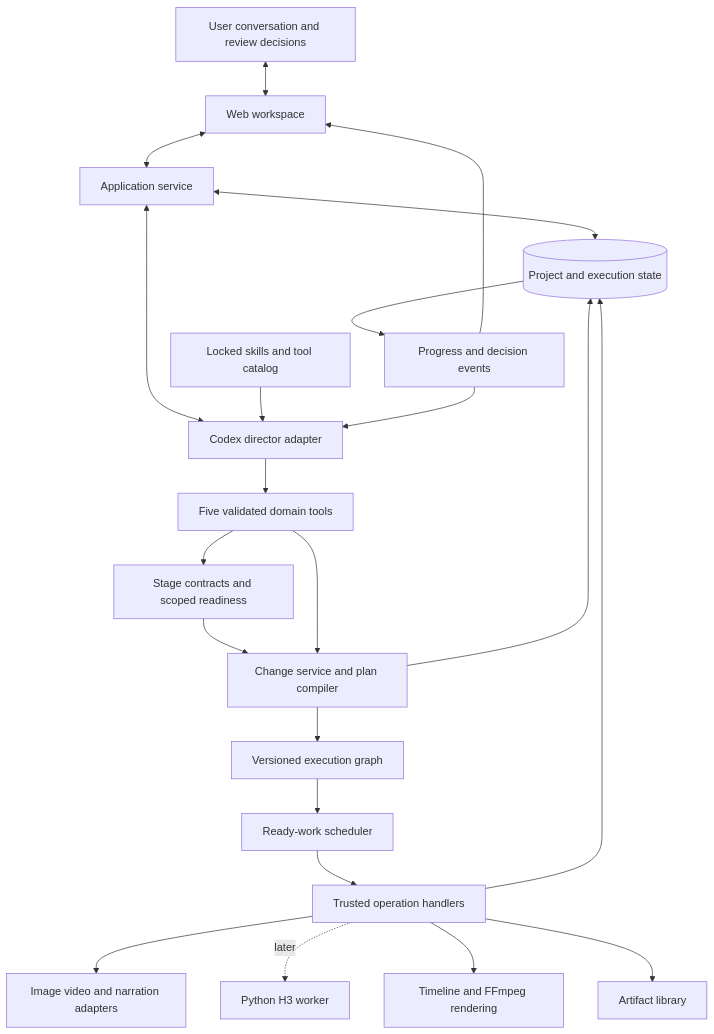
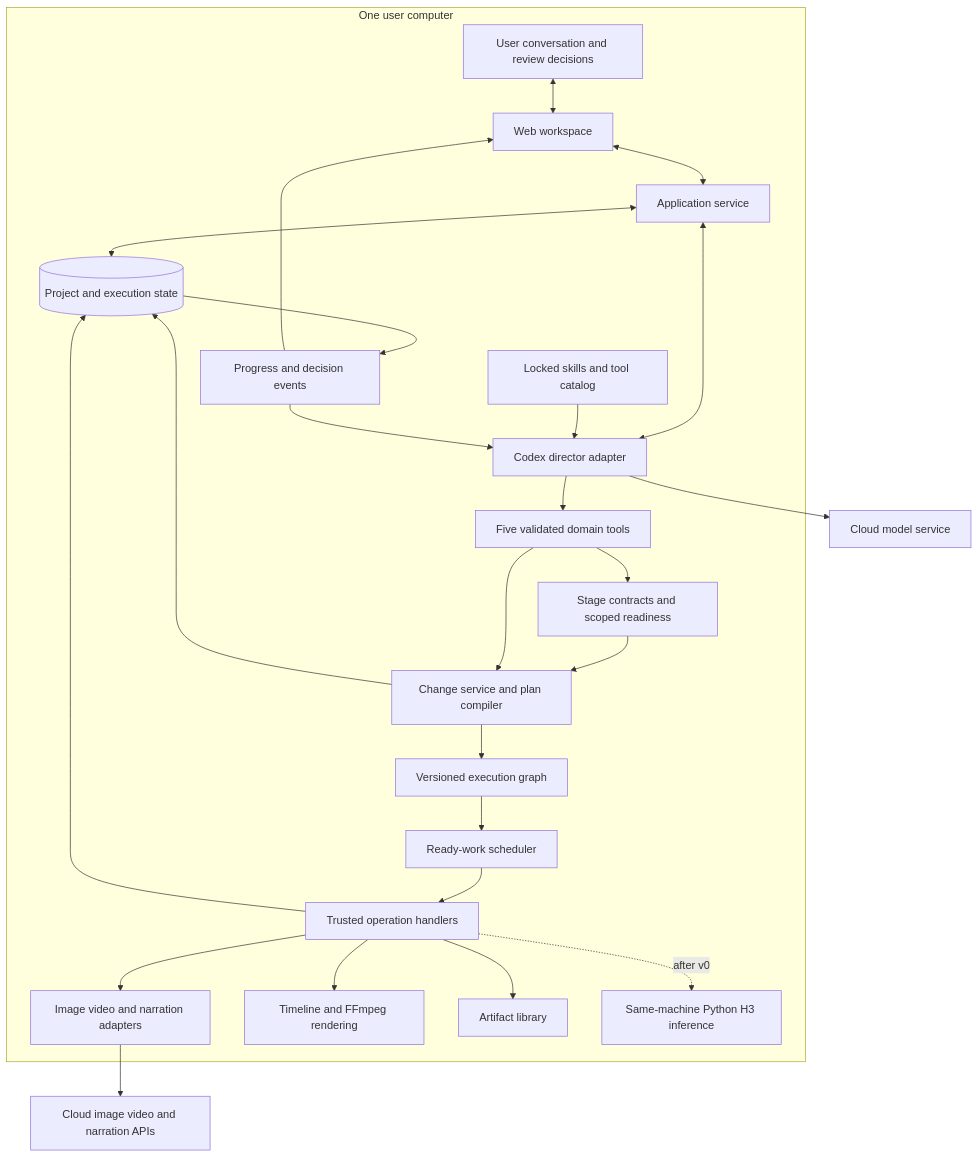
Before and after one commit to Michael-Ma/OpenSlate: the diagram in docs/design/README.md, drawn with Mermaid. The commit also changed other lines of this file and 62 other files, not shown here.

````diff
--- a/docs/design/README.md
+++ b/docs/design/README.md
@@ -32,24 +33,28 @@
 ```mermaid
 flowchart TB
+    subgraph Computer[One user computer]
     User[User conversation and review decisions] <--> UI[Web workspace]
     UI <--> App[Application service]
     App <--> State[(Project and execution state)]
     App <--> Director[Codex director adapter]
     Catalog[Locked skills and tool catalog] --> Director
     Director --> Tools[Five validated domain tools]
     Tools --> Workflow[Stage contracts and scoped readiness]
     Workflow --> Change
     Tools --> Change[Change service and plan compiler]
     Change --> State
     Change --> Graph[Versioned execution graph]
     Graph --> Scheduler[Ready-work scheduler]
     Scheduler --> Workers[Trusted operation handlers]
     Workers --> Cloud[Image video and narration adapters]
-    Workers -. later .-> Local[Python H3 worker]
     Workers --> Edit[Timeline and FFmpeg rendering]
     Workers --> Media[Artifact library]
     Workers --> State
     State --> Events[Progress and decision events]
     Events --> UI
     Events --> Director
+    Workers -. after v0 .-> Local[Same-machine Python H3 inference]
+    end
+    Cloud --> Services[Cloud image video and narration APIs]
+    Director --> LLM[Cloud model service]
 ```
````
